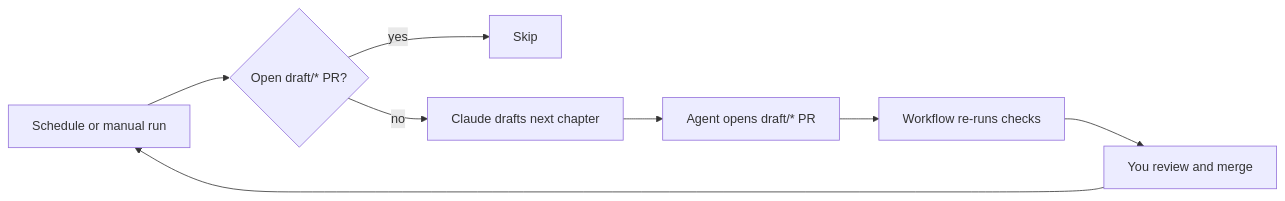
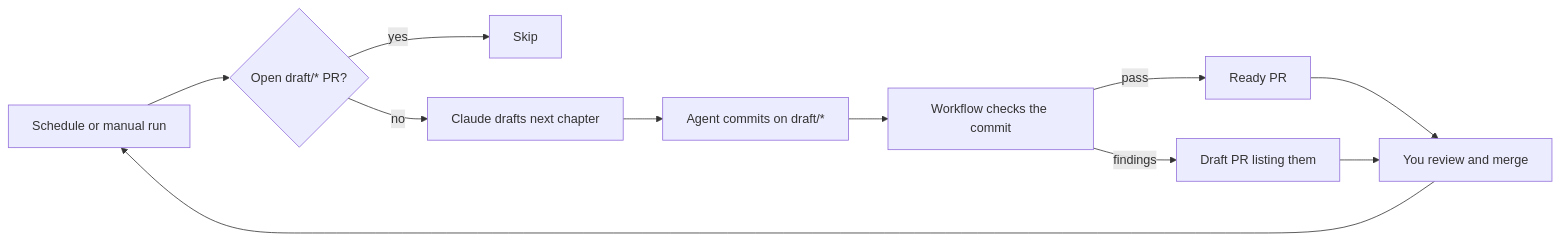
The diagram in docs/automation.md (cateyephotos/story-skills), drawn with Mermaid before and after one commit. The commit also changed other lines of this file and 6 other files, not shown here.

First line of the commit message:
feat: gate the draft-next-chapter pull request on the story checks

````diff
--- a/docs/automation.md
+++ b/docs/automation.md
@@ -245,10 +245,13 @@
 ```mermaid
 flowchart LR
     A[Schedule or manual run] --> B{Open draft/* PR?}
     B -- yes --> C[Skip]
     B -- no --> D[Claude drafts next chapter]
-    D --> E[Agent opens draft/* PR]
-    E --> F[Workflow re-runs checks]
-    F --> G[You review and merge]
+    D --> E[Agent commits on draft/*]
+    E --> F[Workflow checks the commit]
+    F -- pass --> P[Ready PR]
+    F -- findings --> Q[Draft PR listing them]
+    P --> G[You review and merge]
+    Q --> G
     G --> A
 ```
````
